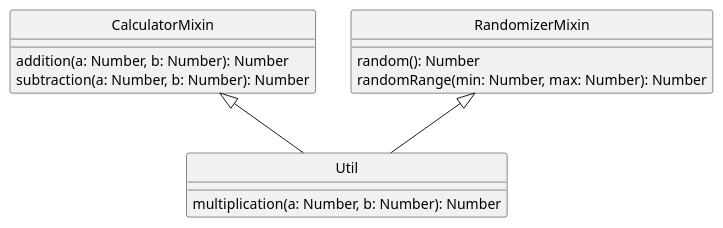
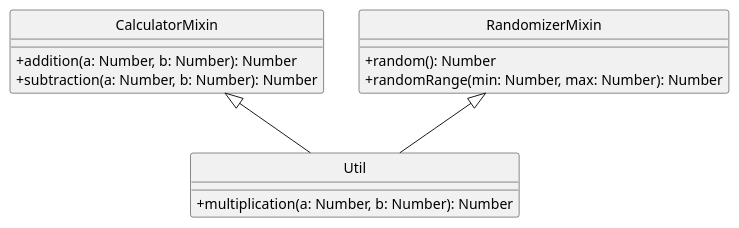
Before and after one commit to ifpb/php-guide: the diagram in core/object/assets/object-util-randomize-calculator.pu, drawn with PlantUML. The commit also changed 14 other files, not shown here.

Commit message:
ajustando uml do oo

```diff
--- a/core/object/assets/object-util-randomize-calculator.pu
+++ b/core/object/assets/object-util-randomize-calculator.pu
@@ -1,22 +1,22 @@
 @startuml
 skinparam classAttributeIconSize 0
 skinparam monochrome true
 hide circle
 
 class CalculatorMixin {
-    addition(a: Number, b: Number): Number
-    subtraction(a: Number, b: Number): Number
+    +addition(a: Number, b: Number): Number
+    +subtraction(a: Number, b: Number): Number
 }
 
 class RandomizerMixin {
-    random(): Number
-    randomRange(min: Number, max: Number): Number
+    +random(): Number
+    +randomRange(min: Number, max: Number): Number
 }
 
 class Util {
-    multiplication(a: Number, b: Number): Number
+    +multiplication(a: Number, b: Number): Number
 }
 
 CalculatorMixin <|-- Util
 RandomizerMixin <|-- Util
 @enduml
```
